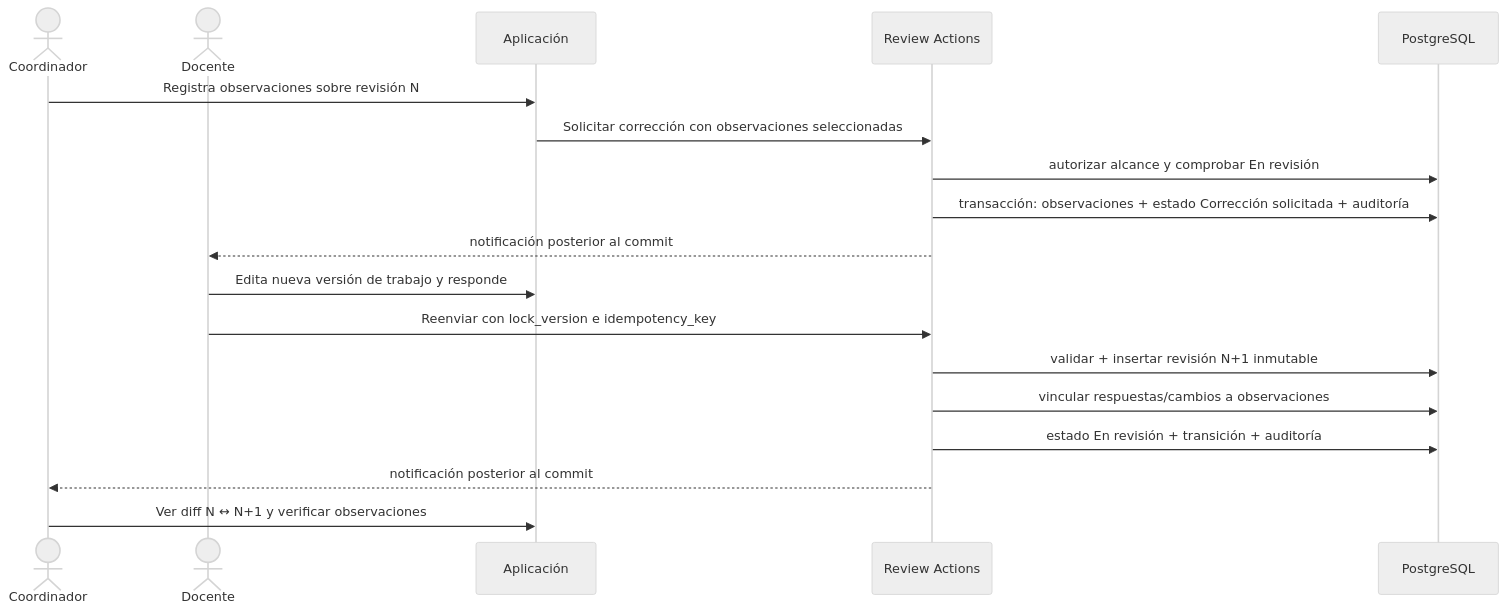
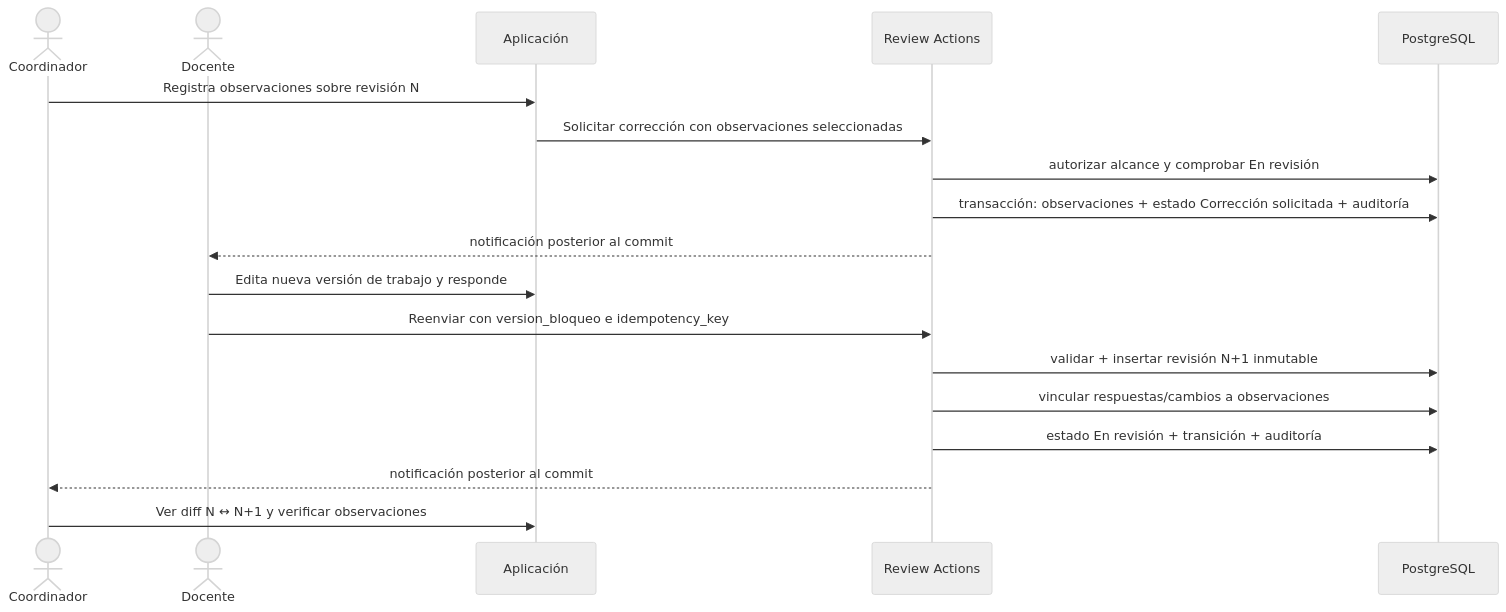
One commit to Giossue/proyecto-grado-silabos changed the second of 6 diagrams in docs/architecture/sequences.md. Above: the diagram before and after it, drawn with Mermaid (neutral theme). The commit also changed other lines of this file and 267 other files, not shown here.

````diff
--- a/docs/architecture/sequences.md
+++ b/docs/architecture/sequences.md
@@ -46,21 +46,21 @@
 ```mermaid
 sequenceDiagram
     actor Coo as Coordinador
     actor D as Docente
     participant UI as Aplicación
     participant R as Review Actions
     participant DB as PostgreSQL
 
     Coo->>UI: Registra observaciones sobre revisión N
     UI->>R: Solicitar corrección con observaciones seleccionadas
     R->>DB: autorizar alcance y comprobar En revisión
     R->>DB: transacción: observaciones + estado Corrección solicitada + auditoría
     R-->>D: notificación posterior al commit
     D->>UI: Edita nueva versión de trabajo y responde
-    D->>R: Reenviar con lock_version e idempotency_key
+    D->>R: Reenviar con version_bloqueo e idempotency_key
     R->>DB: validar + insertar revisión N+1 inmutable
     R->>DB: vincular respuestas/cambios a observaciones
     R->>DB: estado En revisión + transición + auditoría
     R-->>Coo: notificación posterior al commit
     Coo->>UI: Ver diff N ↔ N+1 y verificar observaciones
 ```
````
